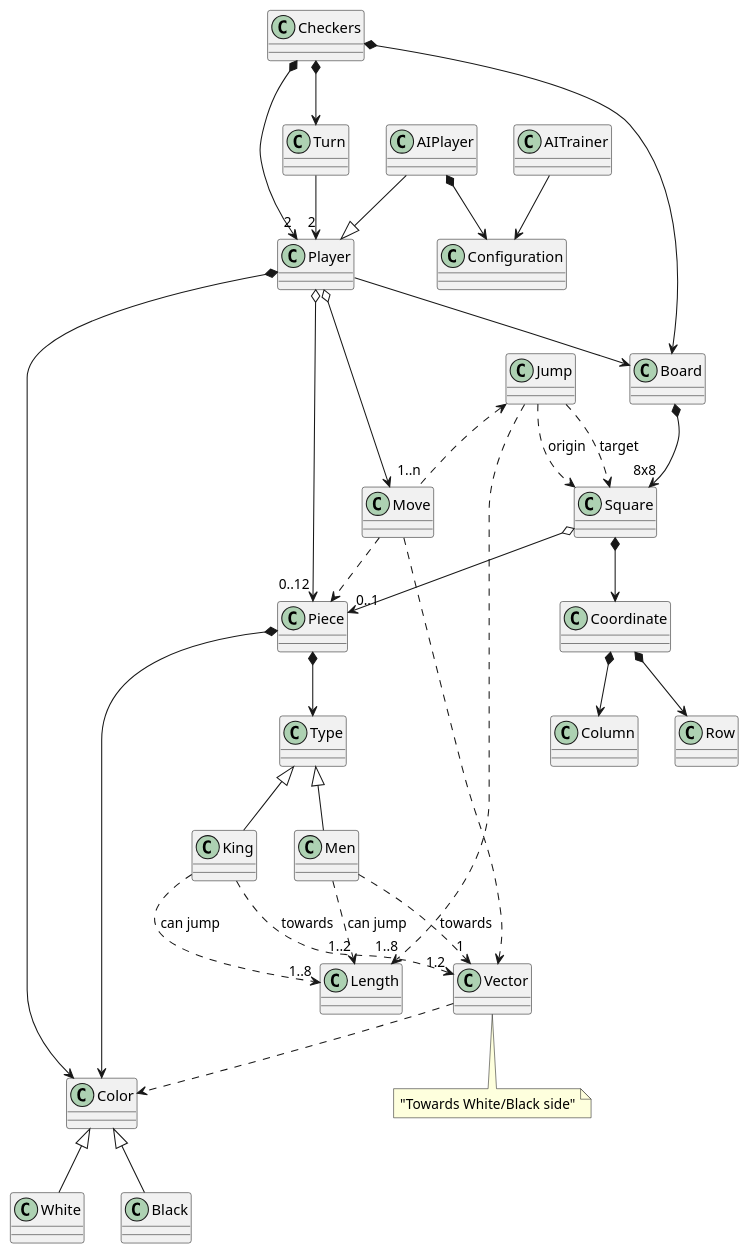
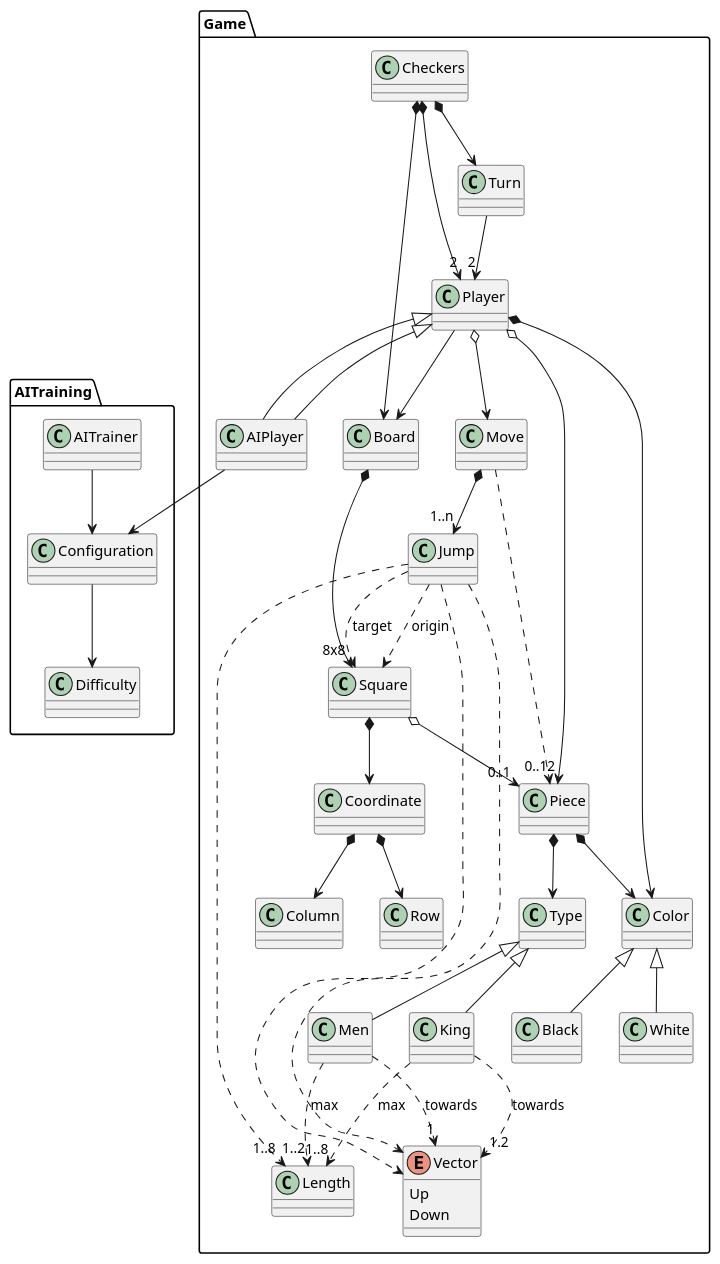
The first of 2 diagrams in docs/src/domain-model/domain-model.plantuml (Master-Desarrollo-20-21/patrones-diseno---practica-final---juego-de-las-damas-fraylopez), drawn with PlantUML before and after one commit. The commit also changed 3 other files, not shown here.

```diff
--- a/docs/src/domain-model/domain-model.plantuml
+++ b/docs/src/domain-model/domain-model.plantuml
@@ -1,50 +1,60 @@
 @startuml DomainModel
 
-Checkers *-down-> "2" Player
-Checkers *-down-> Board
-Checkers *-down-> Turn
+package Game {
+  Checkers *-down-> "2" Player
+  Checkers *-down-> Board
+  Checkers *-down-> Turn
 
-Turn -down-> "2" Player
+  Turn -down-> "2" Player
 
-Player -down-> Board
-Player o-down-> "0..12" Piece
-Player o-down-> Move
-Player *-down-> Color
+  Player -down-> Board
+  Player o-down-> "0..12" Piece
+  Player o-down-> Move
+  Player *-down-> Color
 
-Piece *--> Type
-Piece *--> Color
-King -up-|> Type
-Men -up-|> Type
+  Piece *--> Type
+  Piece *--> Color
+  King -up-|> Type
+  Men -up-|> Type
 
-Men ..> "1..2" Length : "can jump"
-King ..> "1..8" Length : "can jump"
-Men ..> "1" Vector : "towards"
-King ..> "1.2" Vector : "towards"
+  Men ..> "1..2" Length : "max"
+  King ..> "1..8" Length : "max"
+  Men ..> "1" Vector : "towards"
+  King ..> "1.2" Vector : "towards"
 
-White -up-|> Color
-Black -up-|> Color
+  White -up-|> Color
+  Black -up-|> Color
 
-Jump <.. "1..n" Move
-Jump ..> "1..8" Length
+  Move *--> "1..n" Jump
+  Jump ..> "1..8" Length
+  Jump .down.> Vector
 
-Board *-down-> "8x8" Square
-Square *-down-> Coordinate
-Square o-down-> "0..1" Piece
+  enum Vector {
+    Up
+    Down
+  }
+  Jump ..> Vector
 
-Move .down.> Piece
-Move .down.> Vector
-Vector .down.> Color
+  Board *-down-> "8x8" Square
+  Square *-down-> Coordinate
+  Square o-down-> "0..1" Piece
 
-Jump .down.> Square : origin
-Jump .down.> Square : target
+  Move .down.> Piece
 
-Coordinate *-down-> Row
-Coordinate *-down-> Column
+  Jump .down.> Square : origin
+  Jump .down.> Square : target
 
-AIPlayer --|> Player
-AIPlayer *--> Configuration
-AITrainer --> Configuration
+  Coordinate *-down-> Row
+  Coordinate *-down-> Column
 
-note bottom of Vector: "Towards White/Black side"
+  AIPlayer -up-|> Player
+}
+
+package AITraining {
+  Configuration --> Difficulty
+  AIPlayer -up-|> Player
+  AIPlayer --> Configuration
+  AITrainer --> Configuration
+}
 
 @enduml
```
